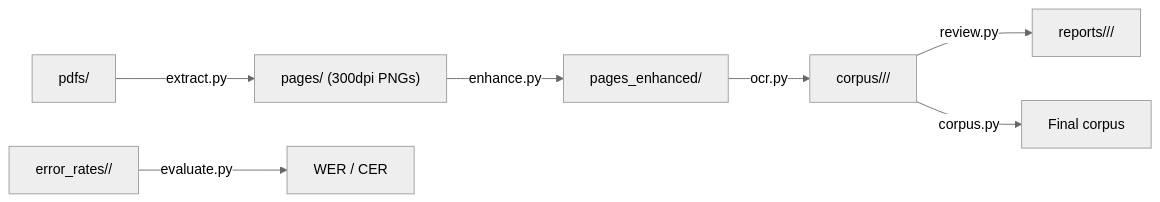
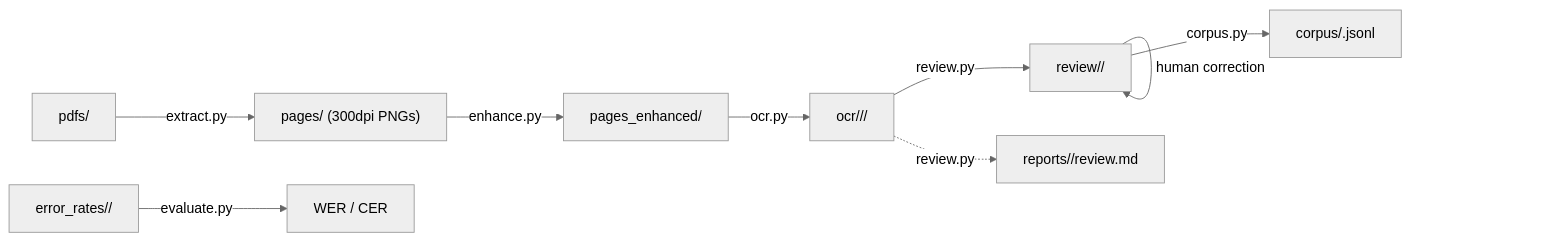
The diagram in ARCHITECTURE.md (crispyfunicular/ocr_pipeline), drawn with Mermaid (neutral theme) before and after one commit. The commit also changed other lines of this file and 9 other files, not shown here.

````diff
--- a/ARCHITECTURE.md
+++ b/ARCHITECTURE.md
@@ -9,9 +9,11 @@
 ```mermaid
 graph LR
     A[pdfs/] -->|extract.py| B["pages/ (300dpi PNGs)"]
     B -->|enhance.py| C[pages_enhanced/]
-    C -->|ocr.py| D["corpus/<book>/<model>/"]
-    D -->|review.py| E["reports/<book>/<model>/"]
-    D -->|corpus.py| F[Final corpus]
+    C -->|ocr.py| D["ocr/<book>/<model>/"]
+    D -->|review.py| E["review/<book>/"]
+    E -->|"human correction"| E
+    E -->|corpus.py| F["corpus/<book>.jsonl"]
+    D -.->|review.py| R["reports/<book>/review.md"]
     G["error_rates/<book>/"] -->|evaluate.py| H[WER / CER]
 ```
````
